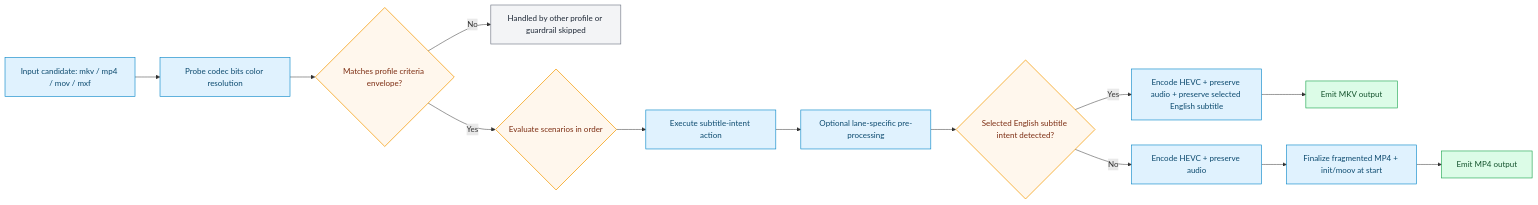
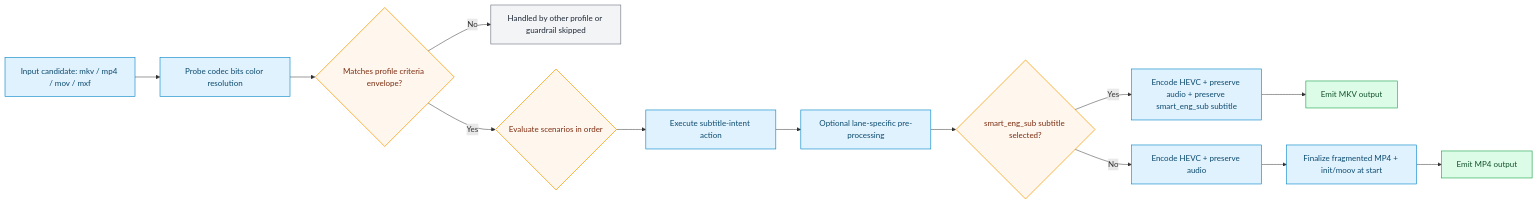
The diagram in platform/docs-site/docs/profiles/generated/craigstreamy-hevc-smart-eng-sub-audio-conform-1080p.md (CraigWatt/vfo), drawn with Mermaid before and after one commit. The commit also changed other lines of this file and 18 other files, not shown here.

````diff
--- a/platform/docs-site/docs/profiles/generated/craigstreamy-hevc-smart-eng-sub-audio-conform-1080p.md
+++ b/platform/docs-site/docs/profiles/generated/craigstreamy-hevc-smart-eng-sub-audio-conform-1080p.md
@@ -102,20 +102,20 @@
 ```mermaid
 flowchart LR
   classDef gate fill:#fff7ed,stroke:#f59e0b,color:#7c2d12,stroke-width:1.5px;
   classDef stage fill:#e0f2fe,stroke:#0284c7,color:#0c4a6e,stroke-width:1.2px;
   classDef output fill:#dcfce7,stroke:#16a34a,color:#14532d,stroke-width:1.2px;
   classDef skip fill:#f3f4f6,stroke:#6b7280,color:#1f2937,stroke-width:1.2px;
 
   A[Input candidate: mkv / mp4 / mov / mxf]:::stage --> B[Probe codec bits color resolution]:::stage
   B --> C{Matches profile criteria envelope?}:::gate
   C -->|No| Z[Handled by other profile or guardrail skipped]:::skip
   C -->|Yes| D{Evaluate scenarios in order}:::gate
   D --> E[Execute subtitle-intent action]:::stage
   E --> P[Optional lane-specific pre-processing]:::stage
-  P --> F{Selected English subtitle intent detected?}:::gate
-  F -->|Yes| G[Encode HEVC + preserve audio + preserve selected English subtitle]:::stage
+  P --> F{smart_eng_sub subtitle selected?}:::gate
+  F -->|Yes| G[Encode HEVC + preserve audio + preserve smart_eng_sub subtitle]:::stage
   G --> H[Emit MKV output]:::output
   F -->|No| I[Encode HEVC + preserve audio]:::stage
   I --> J[Finalize fragmented MP4 + init/moov at start]:::stage
   J --> K[Emit MP4 output]:::output
 ```
````
